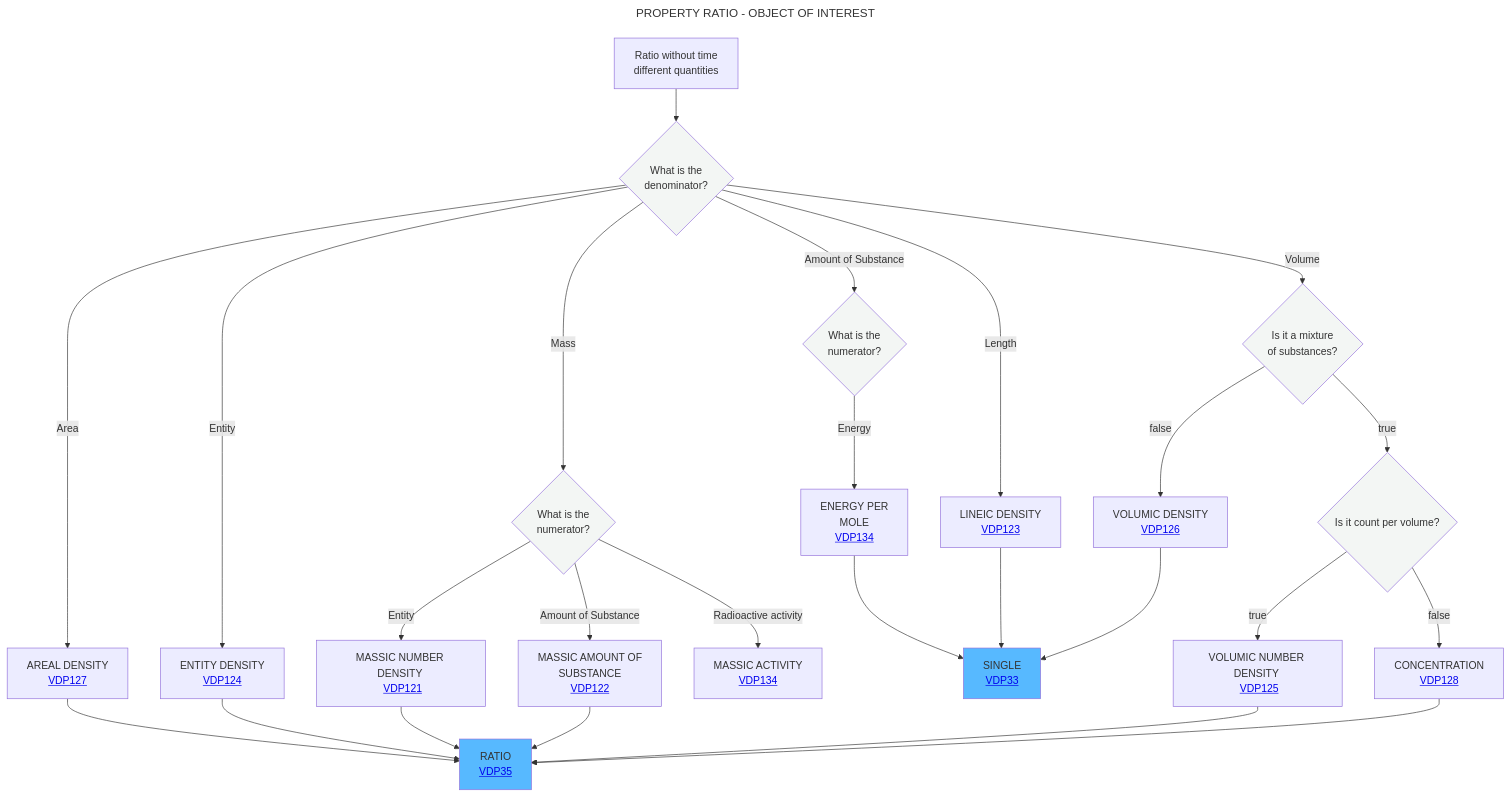
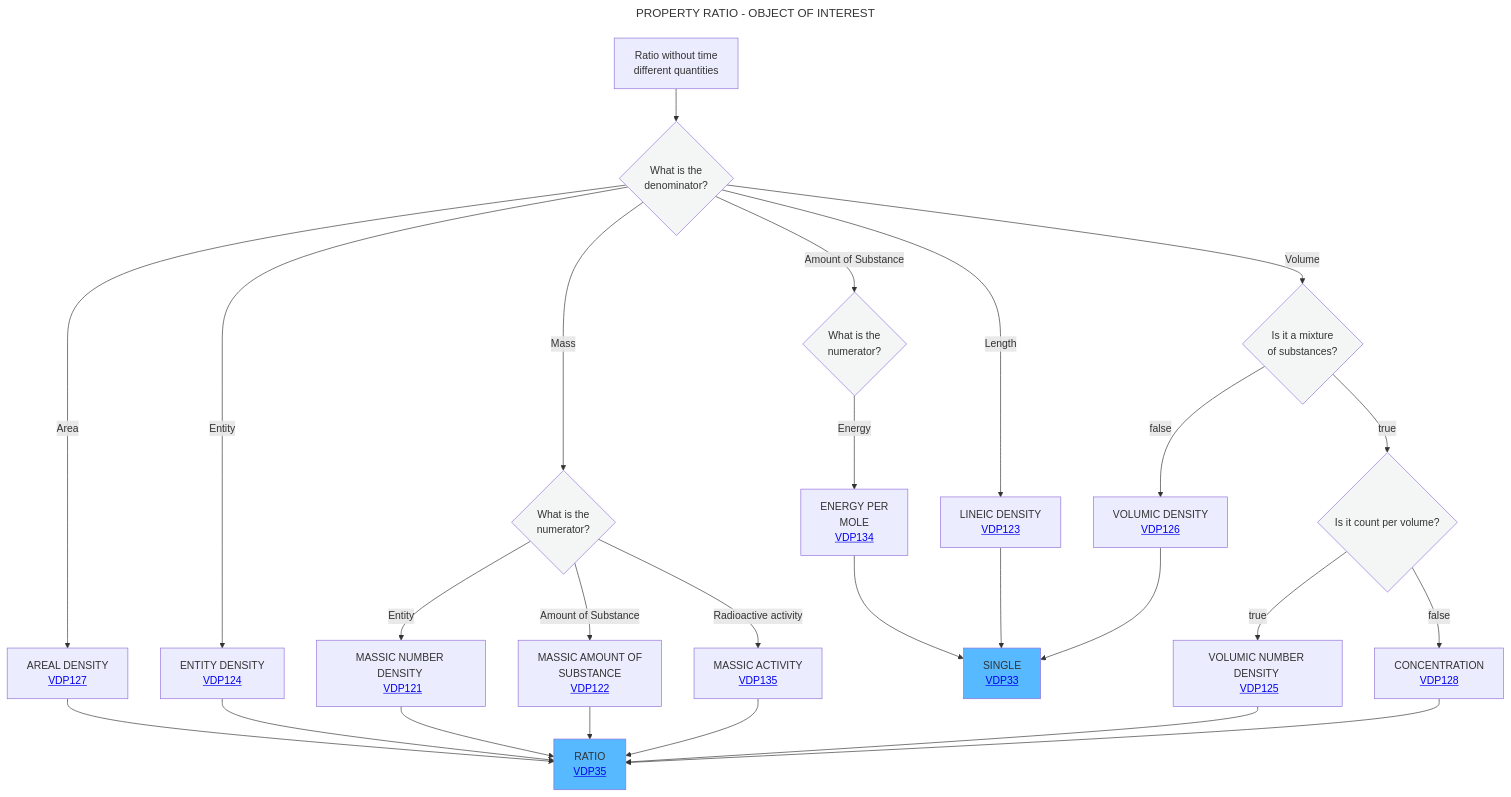
One commit to mabablue/I-ADOPT-patterns-playground changed the diagram in Decisition_trees/DT5.mmd. Above: the diagram before and after it, drawn with Mermaid.

```diff
--- a/Decisition_trees/DT5.mmd
+++ b/Decisition_trees/DT5.mmd
@@ -1,32 +1,33 @@
 ---
 title: PROPERTY RATIO - OBJECT OF INTEREST
 ---
 flowchart TD
     A[Ratio without time <br> different quantities] --> B{What is the <br> denominator?}:::white
     B -- Area -->C[AREAL DENSITY <br> <a href='https://github.com/mabablue/I-ADOPT-patterns-playground/blob/main/pattern/VDP127.yaml'>VDP127</a>]
     B -- Entity -->F[ENTITY DENSITY <br> <a href='https://github.com/mabablue/I-ADOPT-patterns-playground/blob/main/pattern/VDP124.yaml'>VDP124</a>]
     B -- Mass -->E{What is the <br> numerator?}:::white
     B -- Amount of Substance --> R{What is the <br> numerator?}:::white
     B -- Length -->D[LINEIC DENSITY <br> <a href='https://github.com/mabablue/I-ADOPT-patterns-playground/blob/main/pattern/VDP123.yaml'>VDP123</a>]
     E -- Entity --> L[MASSIC NUMBER DENSITY <br> <a href='https://github.com/mabablue/I-ADOPT-patterns-playground/blob/main/pattern/VDP121.yaml'>VDP121</a>]
     E -- Amount of Substance --> P[MASSIC AMOUNT OF <br> SUBSTANCE <br> <a href='https://github.com/mabablue/I-ADOPT-patterns-playground/blob/main/pattern/VDP122.yaml'>VDP122</a>]
-    E -- Radioactive activity --> Q[MASSIC ACTIVITY <br> <a href='https://github.com/mabablue/I-ADOPT-patterns-playground/blob/main/pattern/VDP134.yaml'>VDP134</a>]
+    E -- Radioactive activity --> Q[MASSIC ACTIVITY <br> <a href='https://github.com/mabablue/I-ADOPT-patterns-playground/blob/main/pattern/VDP135.yaml'>VDP135</a>]
     B -- Volume -->G{Is it a mixture <br> of substances?}:::white
     G --> |false|H[VOLUMIC DENSITY <br> <a href='https://github.com/mabablue/I-ADOPT-patterns-playground/blob/main/pattern/VDP126.yaml'>VDP126</a>]
     G--> |true|J{Is it count per volume?}:::white
     J --> |true|I[VOLUMIC NUMBER DENSITY <br> <a href='https://github.com/mabablue/I-ADOPT-patterns-playground/blob/main/pattern/VDP125.yaml'>VDP125</a>]
     J --> |false|M[CONCENTRATION <br> <a href='https://github.com/mabablue/I-ADOPT-patterns-playground/blob/main/pattern/VDP128.yaml'>VDP128</a>]
     I --> N
     C --> N[RATIO <br> <a href='https://github.com/mabablue/I-ADOPT-patterns-playground/blob/main/pattern/VDP35.yaml'>VDP35</a>]:::satblue
     F --> N
     D --> O[SINGLE <br> <a href='https://github.com/mabablue/I-ADOPT-patterns-playground/blob/main/pattern/VDP33.yaml'>VDP33</a>]:::satblue
     R -- Energy --> S[ENERGY PER <br> MOLE <br> <a href='https://github.com/mabablue/I-ADOPT-patterns-playground/blob/main/pattern/VDP134.yaml'>VDP134</a>]
     H --> O
     L --> N
     P --> N
     M --> N
     S --> O
+    Q --> N
    classDef blue fill:#90D5FF
    classDef satblue fill:#57B9FF 
    classDef white fill:#f3f6f4
    classDef green fill:#6aa84f
```
